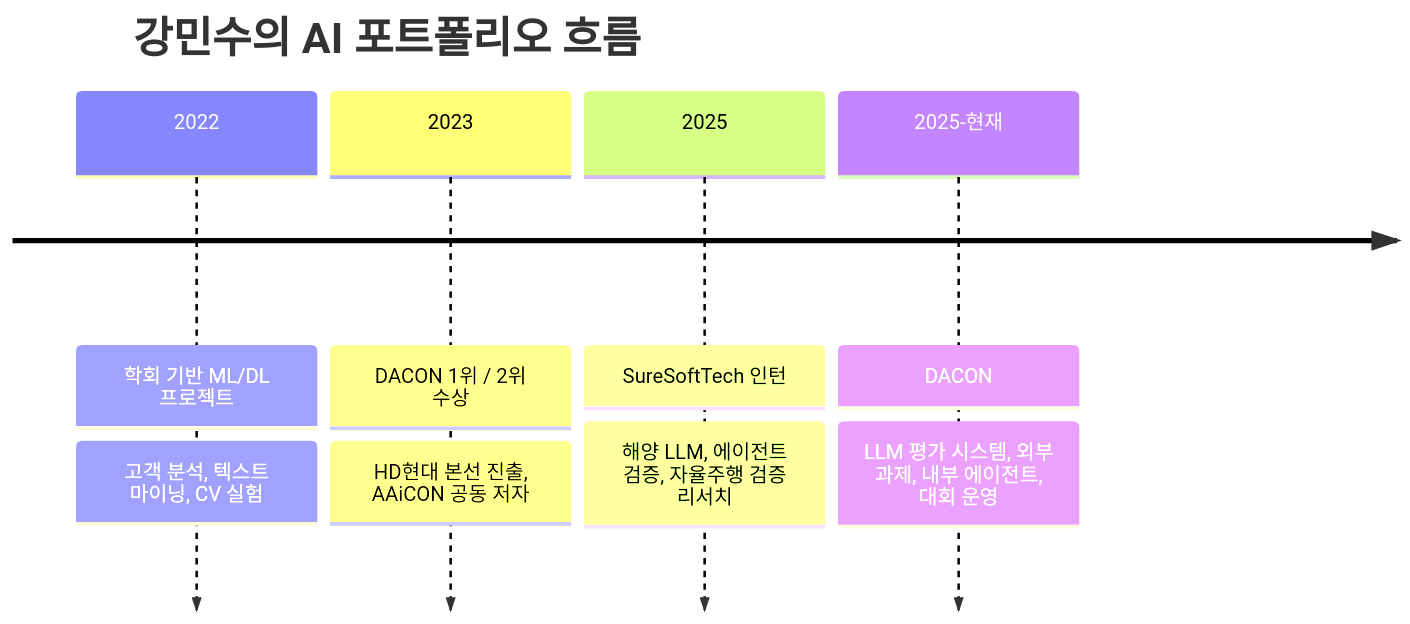
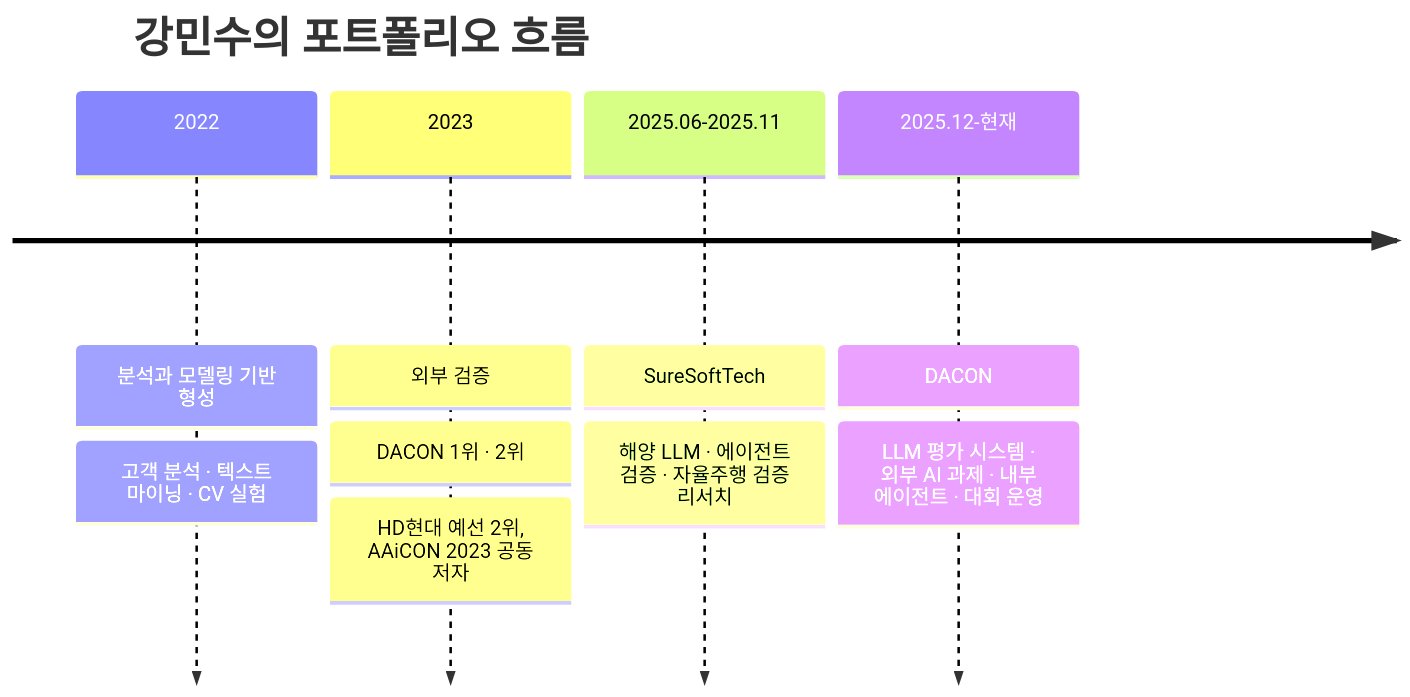
Before and after one commit to Minsu5452/Minsu5452: the second of 2 diagrams in README.md, drawn with Mermaid. The commit also changed other lines of this file, not shown here.

````diff
--- a/README.md
+++ b/README.md
@@ -48,12 +68,13 @@
 ```mermaid
 timeline
-    title 강민수의 AI 포트폴리오 흐름
-    2022 : 학회 기반 ML/DL 프로젝트
-         : 고객 분석, 텍스트 마이닝, CV 실험
-    2023 : DACON 1위 / 2위 수상
-         : HD현대 본선 진출, AAiCON 공동 저자
-    2025 : SureSoftTech 인턴
-         : 해양 LLM, 에이전트 검증, 자율주행 검증 리서치
-    2025-현재 : DACON
-              : LLM 평가 시스템, 외부 과제, 내부 에이전트, 대회 운영
+    title 강민수의 포트폴리오 흐름
+    2022 : 분석과 모델링 기반 형성
+         : 고객 분석 · 텍스트 마이닝 · CV 실험
+    2023 : 외부 검증
+         : DACON 1위 · 2위
+         : HD현대 예선 2위, AAiCON 2023 공동 저자
+    2025.06-2025.11 : SureSoftTech
+                    : 해양 LLM · 에이전트 검증 · 자율주행 검증 리서치
+    2025.12-현재 : DACON
+                 : LLM 평가 시스템 · 외부 AI 과제 · 내부 에이전트 · 대회 운영
 ```
````
